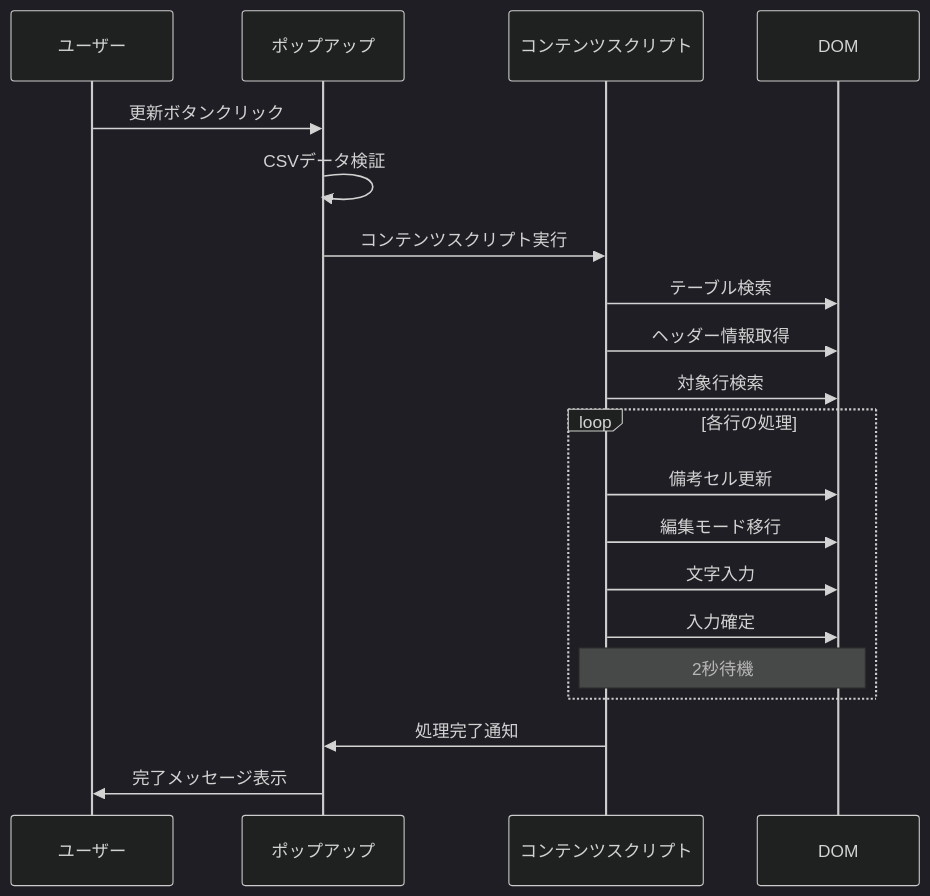
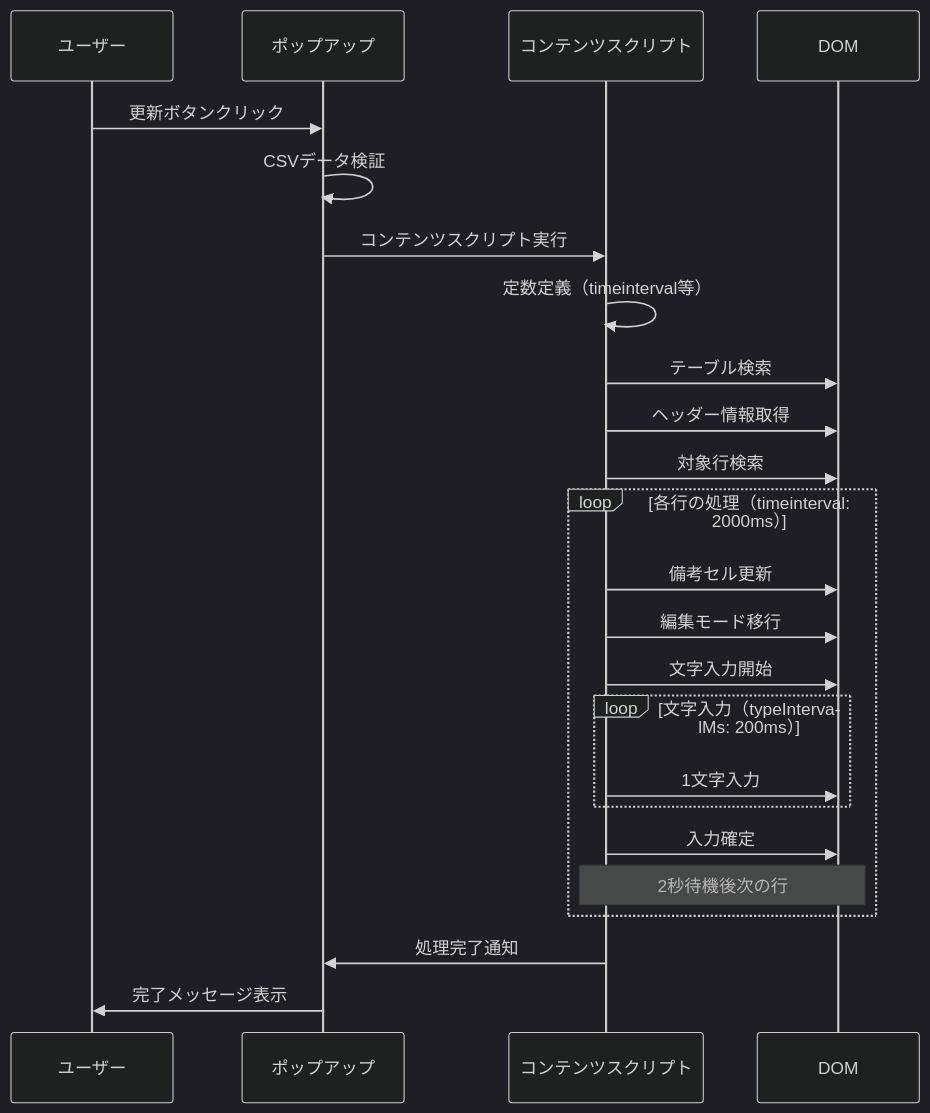
One commit to Masayuki-Kanai/tableRule-import changed the sixth of 7 diagrams in architecture.md. Above: the diagram before and after it, drawn with Mermaid (dark theme). The commit also changed other lines of this file and 2 other files, not shown here.

````diff
--- a/architecture.md
+++ b/architecture.md
@@ -179,25 +200,29 @@
 ```mermaid
 sequenceDiagram
     participant U as ユーザー
     participant P as ポップアップ
     participant C as コンテンツスクリプト
     participant D as DOM
     
     U->>P: 更新ボタンクリック
     P->>P: CSVデータ検証
     P->>C: コンテンツスクリプト実行
+    C->>C: 定数定義（timeinterval等）
     C->>D: テーブル検索
     C->>D: ヘッダー情報取得
     C->>D: 対象行検索
     
-    loop 各行の処理
+    loop 各行の処理（timeinterval: 2000ms）
         C->>D: 備考セル更新
         C->>D: 編集モード移行
-        C->>D: 文字入力
+        C->>D: 文字入力開始
+        loop 文字入力（typeIntervalMs: 200ms）
+            C->>D: 1文字入力
+        end
         C->>D: 入力確定
-        Note over C,D: 2秒待機
+        Note over C,D: 2秒待機後次の行
     end
     
     C->>P: 処理完了通知
     P->>U: 完了メッセージ表示
 ```
````
